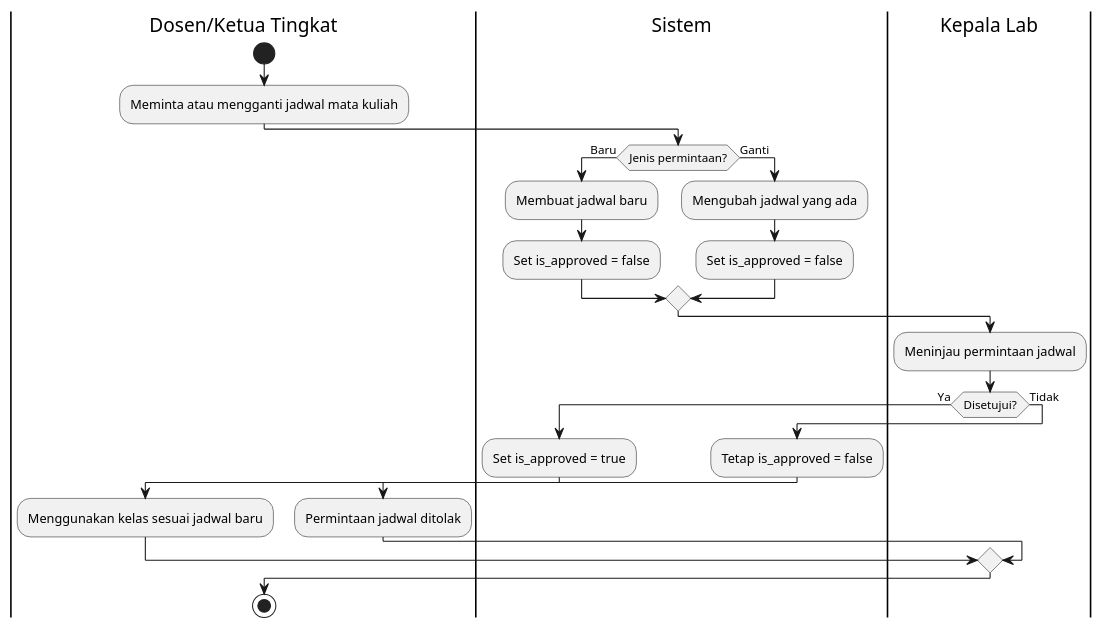
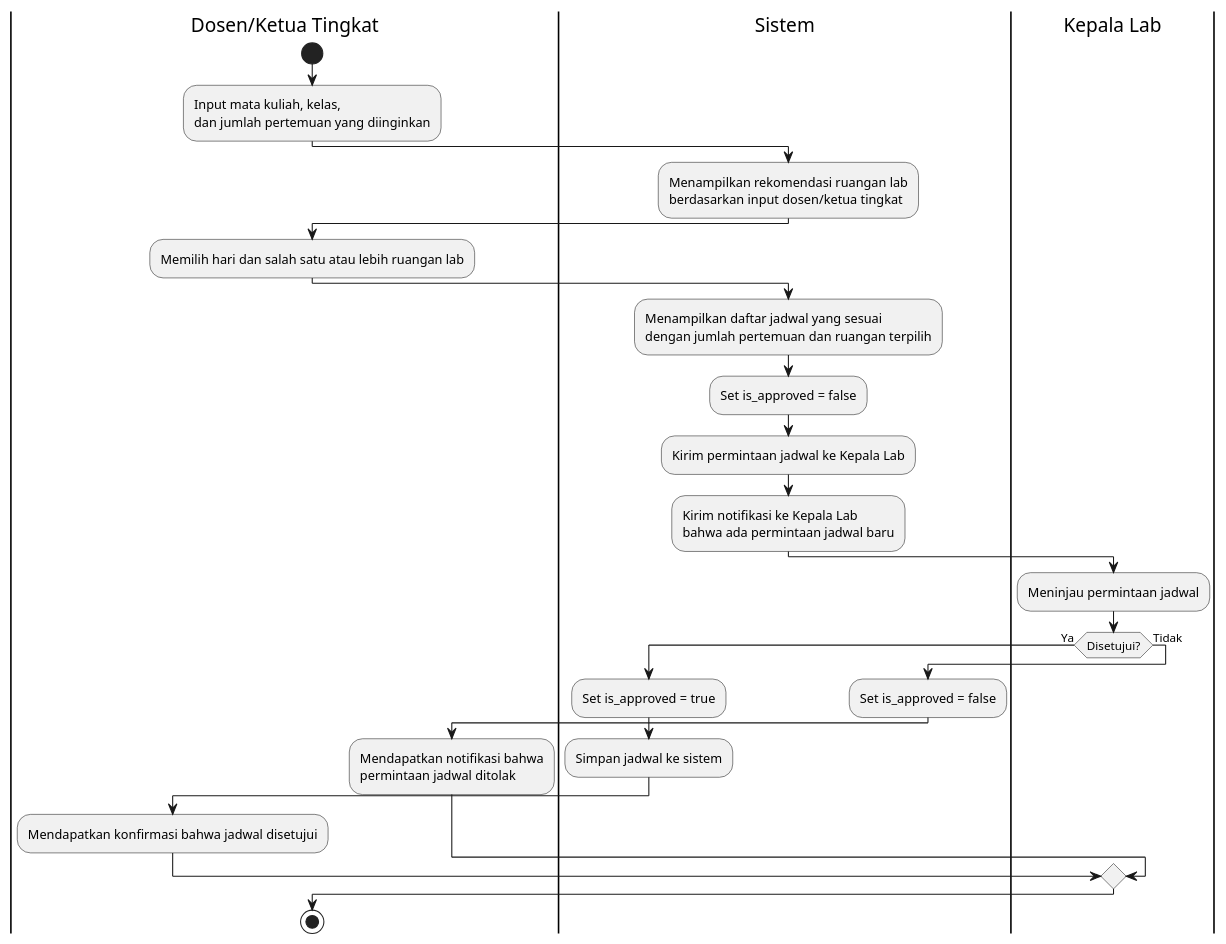
Before and after one commit to codebaradev/Simlab: the diagram in docs/activities/jadwal.plantuml, drawn with PlantUML. The commit also changed 3 other files, not shown here.

Commit message:
feat: Update activity diagram and erd

```diff
--- a/docs/activities/jadwal.plantuml
+++ b/docs/activities/jadwal.plantuml
@@ -1,31 +1,37 @@
 @startuml Jadwal
 
 |Dosen/Ketua Tingkat|
 start
-:Meminta atau mengganti jadwal mata kuliah;
+:Input mata kuliah, kelas,\ndan jumlah pertemuan yang diinginkan;
 
 |Sistem|
-if (Jenis permintaan?) then (Baru)
-  :Membuat jadwal baru;
-  :Set is_approved = false;
-else (Ganti)
-  :Mengubah jadwal yang ada;
-  :Set is_approved = false;
-endif
+:Menampilkan rekomendasi ruangan lab\nberdasarkan input dosen/ketua tingkat;
+
+|Dosen/Ketua Tingkat|
+:Memilih hari dan salah satu atau lebih ruangan lab;
+
+|Sistem|
+:Menampilkan daftar jadwal yang sesuai\ndengan jumlah pertemuan dan ruangan terpilih;
+:Set is_approved = false;
+:Kirim permintaan jadwal ke Kepala Lab;
+:Kirim notifikasi ke Kepala Lab\nbahwa ada permintaan jadwal baru;
 
 |Kepala Lab|
 :Meninjau permintaan jadwal;
+
 if (Disetujui?) then (Ya)
   |Sistem|
   :Set is_approved = true;
+  :Simpan jadwal ke sistem;
   |Dosen/Ketua Tingkat|
-  :Menggunakan kelas sesuai jadwal baru;
+  :Mendapatkan konfirmasi bahwa jadwal disetujui;
 else (Tidak)
   |Sistem|
-  :Tetap is_approved = false;
+  :Set is_approved = false;
   |Dosen/Ketua Tingkat|
-  :Permintaan jadwal ditolak;
+  :Mendapatkan notifikasi bahwa\npermintaan jadwal ditolak;
 endif
 
 stop
+
 @enduml
```
